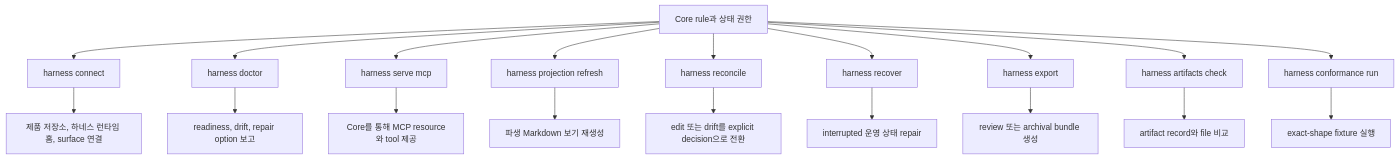
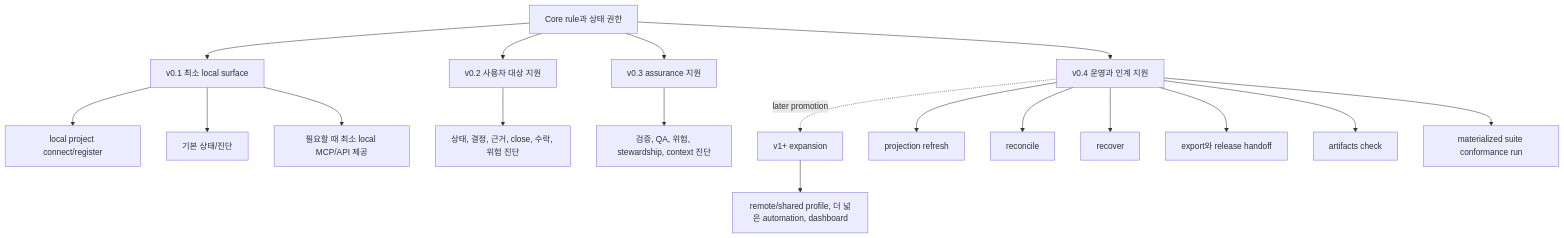
The first of 11 diagrams in docs/ko/reference/operations-and-conformance.md (minjungw00/Harness_Project), drawn with Mermaid before and after one commit. The commit also changed other lines of this file and 9 other files, not shown here.

````diff
--- a/docs/ko/reference/operations-and-conformance.md
+++ b/docs/ko/reference/operations-and-conformance.md
@@ -83,22 +81,21 @@
 ```mermaid
 flowchart TD
   Core["Core rule과 상태 권한"]
-  Core --> Connect["harness connect"]
-  Core --> Doctor["harness doctor"]
-  Core --> Serve["harness serve mcp"]
-  Core --> Refresh["harness projection refresh"]
-  Core --> Reconcile["harness reconcile"]
-  Core --> Recover["harness recover"]
-  Core --> Export["harness export"]
-  Core --> Artifacts["harness artifacts check"]
-  Core --> Conformance["harness conformance run"]
-  Connect --> Setup["제품 저장소, 하네스 런타임 홈, surface 연결"]
-  Doctor --> Readiness["readiness, drift, repair option 보고"]
-  Serve --> MCP["Core를 통해 MCP resource와 tool 제공"]
-  Refresh --> Projection["파생 Markdown 보기 재생성"]
-  Reconcile --> Decisions["edit 또는 drift를 explicit decision으로 전환"]
-  Recover --> Repair["interrupted 운영 상태 repair"]
-  Export --> Bundle["review 또는 archival bundle 생성"]
-  Artifacts --> Integrity["artifact record와 file 비교"]
-  Conformance --> Fixtures["exact-shape fixture 실행"]
+  Core --> V01["v0.1 최소 local surface"]
+  Core --> V02["v0.2 사용자 대상 지원"]
+  Core --> V03["v0.3 assurance 지원"]
+  Core --> V04["v0.4 운영과 인계 지원"]
+  V04 -. later promotion .-> V1["v1+ expansion"]
+  V01 --> Connect["local project connect/register"]
+  V01 --> Status["기본 상태/진단"]
+  V01 --> Serve["필요할 때 최소 local MCP/API 제공"]
+  V02 --> MVPDiag["상태, 결정, 근거, close, 수락, 위험 진단"]
+  V03 --> Assurance["검증, QA, 위험, stewardship, context 진단"]
+  V04 --> Refresh["projection refresh"]
+  V04 --> Reconcile["reconcile"]
+  V04 --> Recover["recover"]
+  V04 --> Export["export와 release handoff"]
+  V04 --> Artifacts["artifacts check"]
+  V04 --> Conformance["materialized suite conformance run"]
+  V1 --> Expansion["remote/shared profile, 더 넓은 automation, dashboard"]
 ```
````
